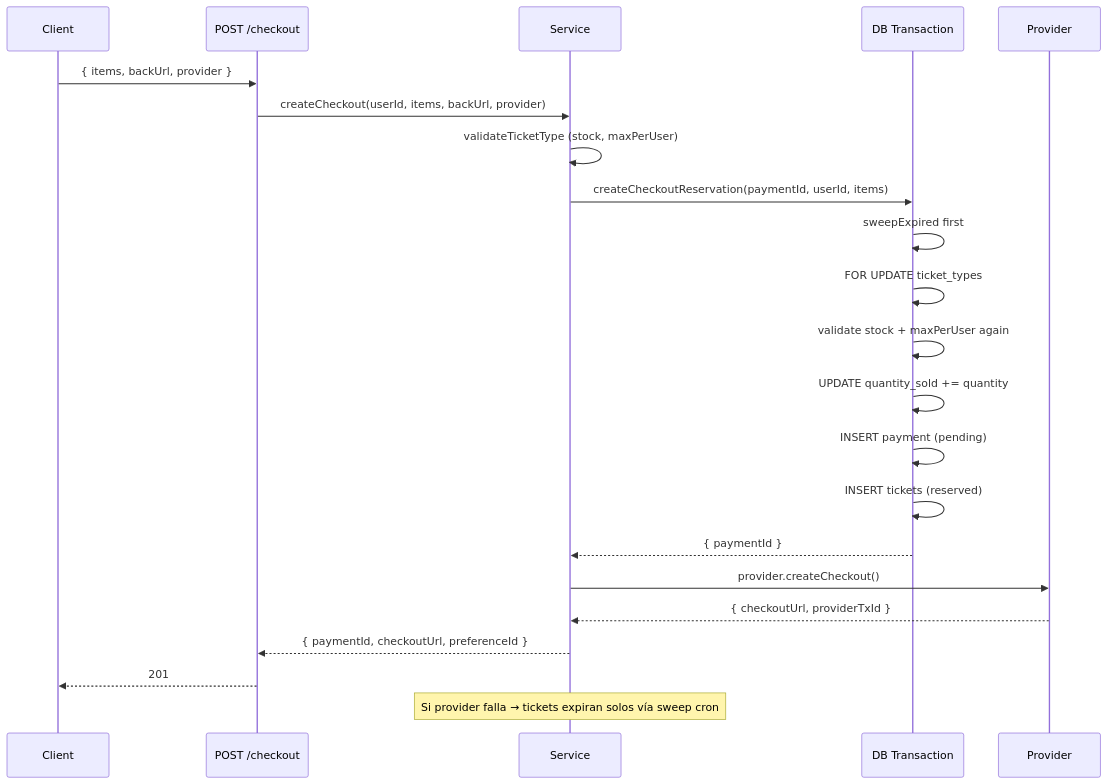
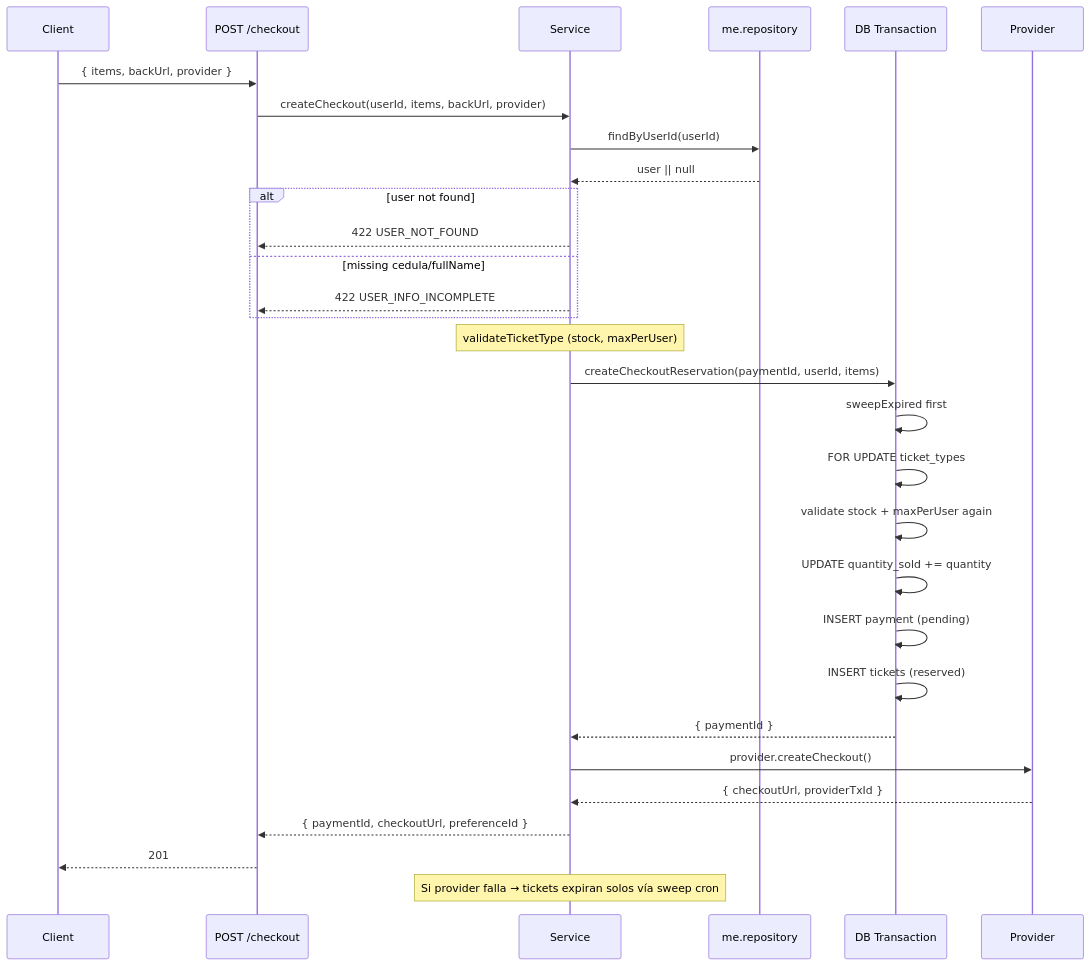
Before and after one commit to User281167/venta-de-tickets: the first of 4 diagrams in backend/src/modules/payments/README.md, drawn with Mermaid. The commit also changed other lines of this file and 2 other files, not shown here.

````diff
--- a/backend/src/modules/payments/README.md
+++ b/backend/src/modules/payments/README.md
@@ -103,25 +105,33 @@
 ```mermaid
 sequenceDiagram
     participant C as Client
     participant API as POST /checkout
     participant S as Service
+    participant MR as me.repository
     participant Tx as DB Transaction
     participant P as Provider
 
     C->>API: { items, backUrl, provider }
     API->>S: createCheckout(userId, items, backUrl, provider)
-    S->>S: validateTicketType (stock, maxPerUser)
+    S->>MR: findByUserId(userId)
+    MR-->>S: user || null
+    alt user not found
+        S-->>API: 422 USER_NOT_FOUND
+    else missing cedula/fullName
+        S-->>API: 422 USER_INFO_INCOMPLETE
+    end
+    Note over S: validateTicketType (stock, maxPerUser)
     S->>Tx: createCheckoutReservation(paymentId, userId, items)
     Tx->>Tx: sweepExpired first
     Tx->>Tx: FOR UPDATE ticket_types
     Tx->>Tx: validate stock + maxPerUser again
     Tx->>Tx: UPDATE quantity_sold += quantity
     Tx->>Tx: INSERT payment (pending)
     Tx->>Tx: INSERT tickets (reserved)
     Tx-->>S: { paymentId }
     S->>P: provider.createCheckout()
     P-->>S: { checkoutUrl, providerTxId }
     S-->>API: { paymentId, checkoutUrl, preferenceId }
     API-->>C: 201
     Note over S: Si provider falla → tickets expiran solos vía sweep cron
 ```
````
